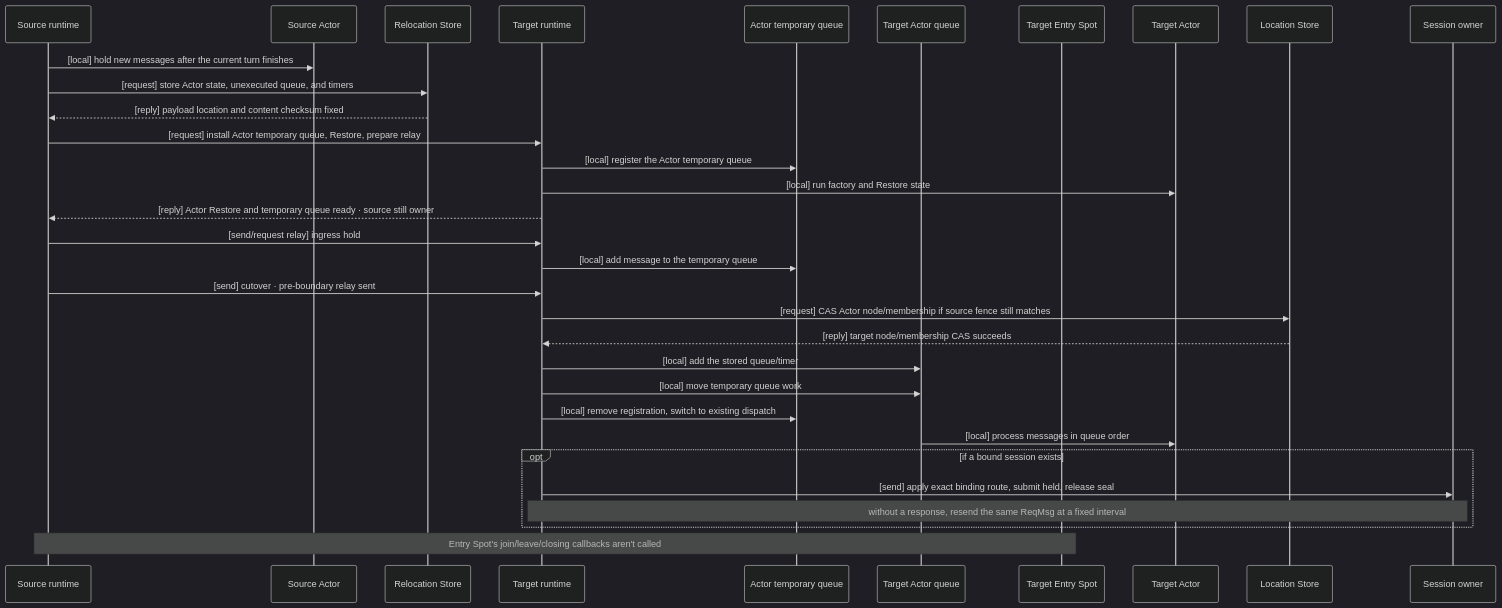
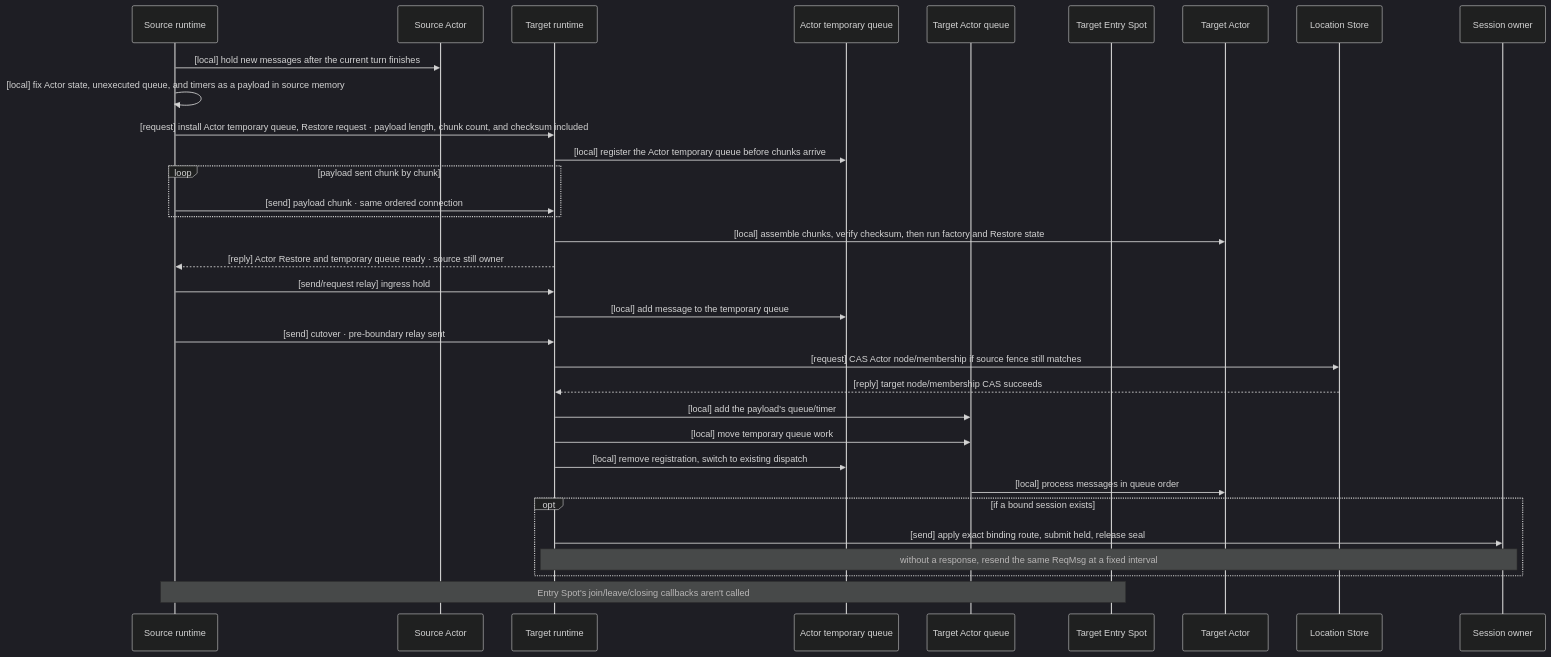
The fifth of 8 diagrams in framework/doc/framework/common/spec/server/30-host-relocation-flow.en.md (zlink-systems/zlink), drawn with Mermaid (dark theme) before and after one commit. The commit also changed other lines of this file and 145 other files, not shown here.

````diff
--- a/framework/doc/framework/common/spec/server/30-host-relocation-flow.en.md
+++ b/framework/doc/framework/common/spec/server/30-host-relocation-flow.en.md
@@ -623,35 +699,36 @@
 ```mermaid
 sequenceDiagram
     participant SourceRuntime as Source runtime
     participant SourceActor as Source Actor
-    participant RelocationStore as Relocation Store
     participant TargetRuntime as Target runtime
     participant TargetTemp as Actor temporary queue
     participant TargetQueue as Target Actor queue
     participant TargetEntry as Target Entry Spot
     participant TargetActor as Target Actor
     participant LocationStore as Location Store
     participant SessionOwner as Session owner
 
     SourceRuntime->>SourceActor: [local] hold new messages after the current turn finishes
-    SourceRuntime->>RelocationStore: [request] store Actor state, unexecuted queue, and timers
-    RelocationStore-->>SourceRuntime: [reply] payload location and content checksum fixed
-    SourceRuntime->>TargetRuntime: [request] install Actor temporary queue, Restore, prepare relay
-    TargetRuntime->>TargetTemp: [local] register the Actor temporary queue
-    TargetRuntime->>TargetActor: [local] run factory and Restore state
+    SourceRuntime->>SourceRuntime: [local] fix Actor state, unexecuted queue, and timers as a payload in source memory
+    SourceRuntime->>TargetRuntime: [request] install Actor temporary queue, Restore request · payload length, chunk count, and checksum included
+    TargetRuntime->>TargetTemp: [local] register the Actor temporary queue before chunks arrive
+    loop payload sent chunk by chunk
+        SourceRuntime->>TargetRuntime: [send] payload chunk · same ordered connection
+    end
+    TargetRuntime->>TargetActor: [local] assemble chunks, verify checksum, then run factory and Restore state
     TargetRuntime-->>SourceRuntime: [reply] Actor Restore and temporary queue ready · source still owner
     SourceRuntime->>TargetRuntime: [send/request relay] ingress hold
     TargetRuntime->>TargetTemp: [local] add message to the temporary queue
     SourceRuntime->>TargetRuntime: [send] cutover · pre-boundary relay sent
     TargetRuntime->>LocationStore: [request] CAS Actor node/membership if source fence still matches
     LocationStore-->>TargetRuntime: [reply] target node/membership CAS succeeds
-    TargetRuntime->>TargetQueue: [local] add the stored queue/timer
+    TargetRuntime->>TargetQueue: [local] add the payload's queue/timer
     TargetRuntime->>TargetQueue: [local] move temporary queue work
     TargetRuntime->>TargetTemp: [local] remove registration, switch to existing dispatch
     TargetQueue->>TargetActor: [local] process messages in queue order
     opt if a bound session exists
         TargetRuntime->>SessionOwner: [send] apply exact binding route, submit held, release seal
         Note over TargetRuntime,SessionOwner: without a response, resend the same ReqMsg at a fixed interval
     end
     Note over SourceRuntime,TargetEntry: Entry Spot's join/leave/closing callbacks aren't called
 ```
````
